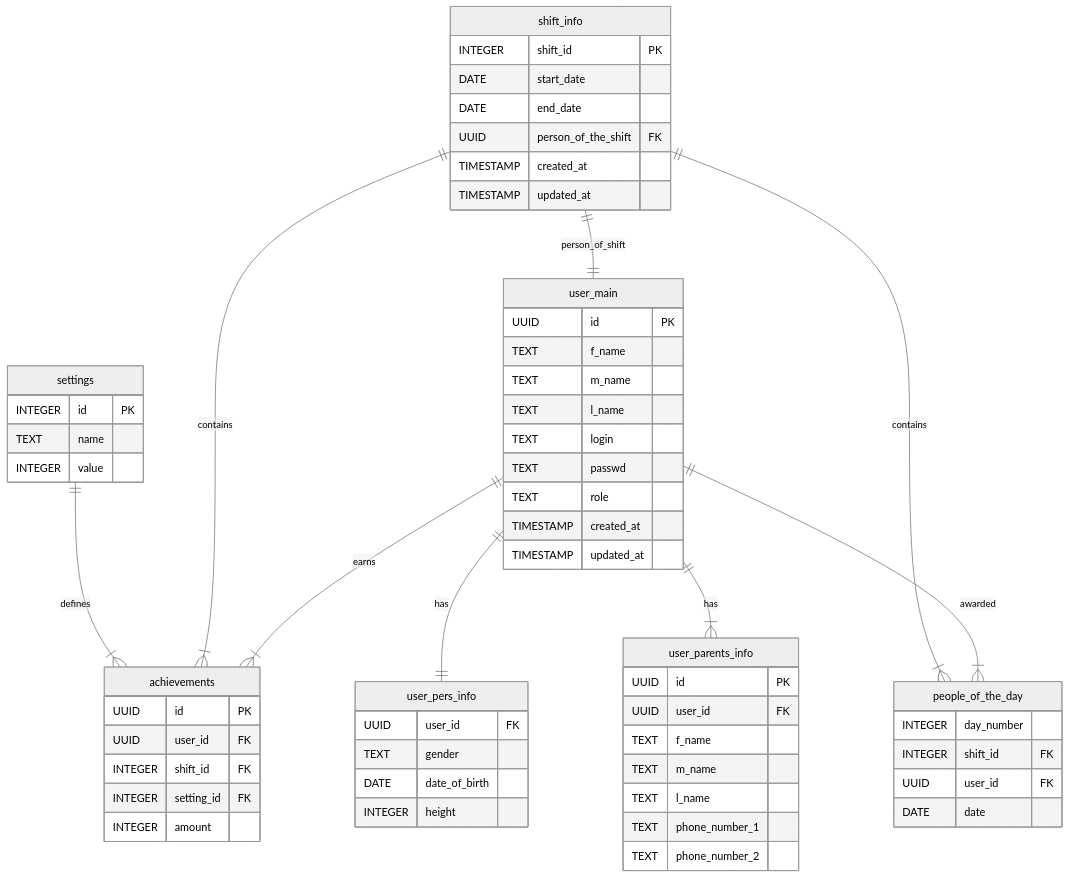
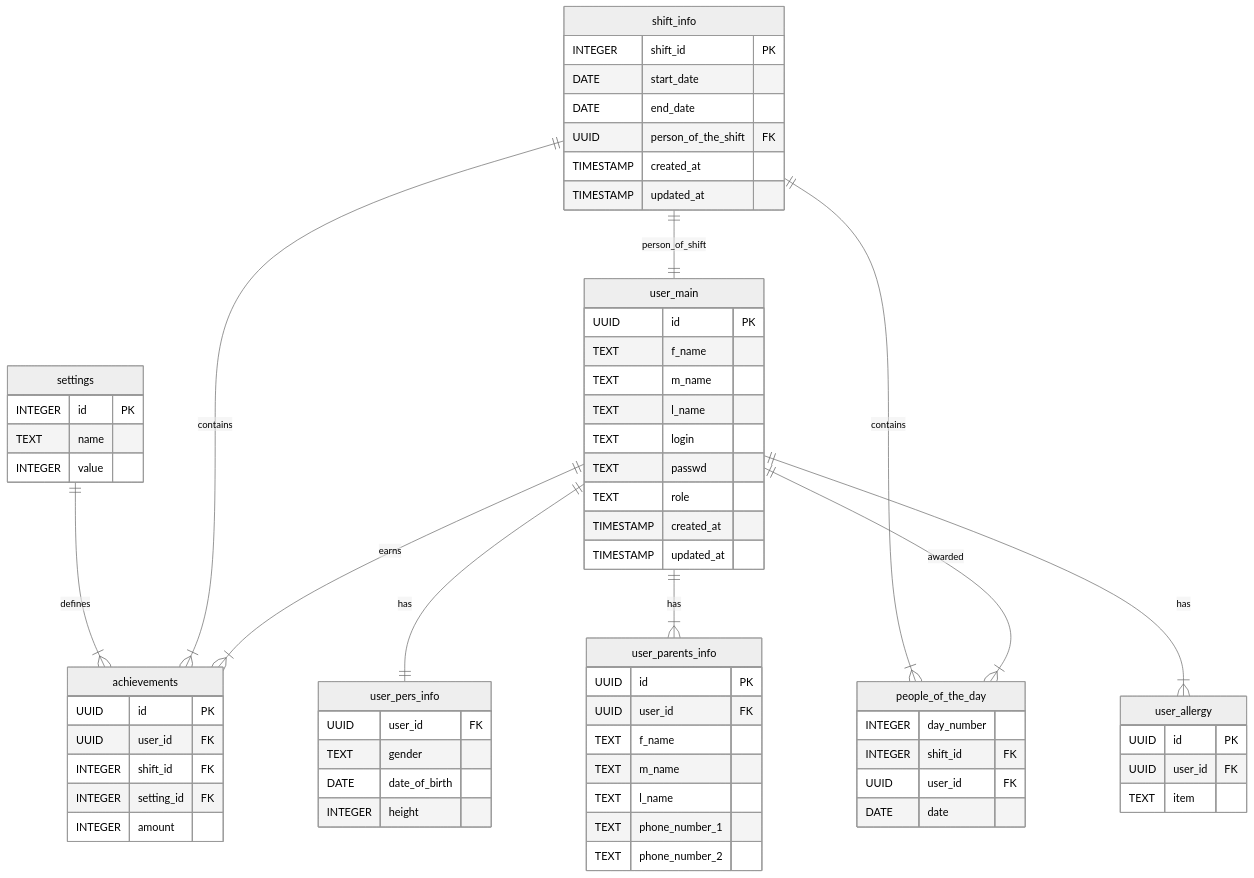
One commit to MelloTheCatLover/KEEP-Sparks changed the diagram in database_schema_desc.md. Above: the diagram before and after it, drawn with Mermaid (neutral theme). The commit also changed other lines of this file and 10 other files, not shown here.

````diff
--- a/database_schema_desc.md
+++ b/database_schema_desc.md
@@ -124,70 +135,77 @@
 ```mermaid
 erDiagram
     user_main {
         UUID id PK
         TEXT f_name
         TEXT m_name
         TEXT l_name
         TEXT login
         TEXT passwd
         TEXT role
         TIMESTAMP created_at
         TIMESTAMP updated_at
     }
 
     user_pers_info {
         UUID user_id FK
         TEXT gender
         DATE date_of_birth
         INTEGER height
     }
 
     user_parents_info {
         UUID id PK
         UUID user_id FK
         TEXT f_name
         TEXT m_name
         TEXT l_name
         TEXT phone_number_1
         TEXT phone_number_2
     }
 
     shift_info {
         INTEGER shift_id PK
         DATE start_date
         DATE end_date
         UUID person_of_the_shift FK
         TIMESTAMP created_at
         TIMESTAMP updated_at
     }
 
     settings {
         INTEGER id PK
         TEXT name
         INTEGER value
     }
 
     achievements {
         UUID id PK
         UUID user_id FK
         INTEGER shift_id FK
         INTEGER setting_id FK
         INTEGER amount
     }
 
     people_of_the_day {
         INTEGER day_number
         INTEGER shift_id FK
         UUID user_id FK
         DATE date
     }
 
+    user_allergy {
+        UUID id PK
+        UUID user_id FK
+        TEXT item
+    }
+
     user_main ||--|| user_pers_info : "has"
     user_main ||--|{ user_parents_info : "has"
+    user_main ||--|{ user_allergy : "has"
     user_main ||--|{ achievements : "earns"
     user_main ||--|{ people_of_the_day : "awarded"
     shift_info ||--|{ achievements : "contains"
     shift_info ||--|{ people_of_the_day : "contains"
     shift_info ||--|| user_main : "person_of_shift"
     settings ||--|{ achievements : "defines"
 ```
````
